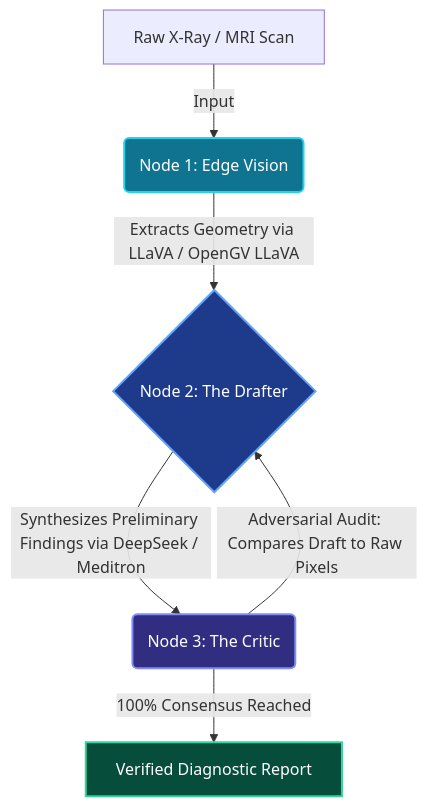
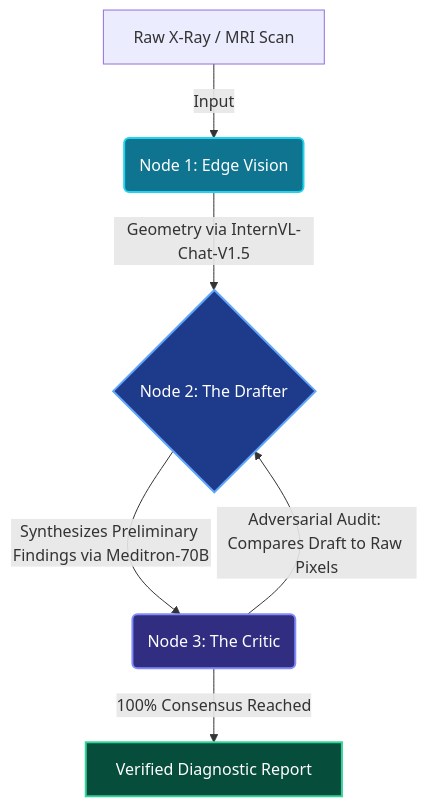
Before and after one commit to Moiz2003/project-hyperion: the diagram in README.md, drawn with Mermaid. The commit also changed other lines of this file and 1 other file, not shown here.

````diff
--- a/README.md
+++ b/README.md
@@ -34,18 +34,18 @@
 ```mermaid
 graph TD
     A[Raw X-Ray / MRI Scan] -->|Input| B(Node 1: Edge Vision)
-    B -->|Extracts Geometry via LLaVA / OpenGV LLaVA| C{Node 2: The Drafter}
-    C -->|Synthesizes Preliminary Findings via DeepSeek / Meditron| D(Node 3: The Critic)
+    B -->|Geometry via InternVL-Chat-V1.5| C{Node 2: The Drafter}
+    C -->|Synthesizes Preliminary Findings via Meditron-70B| D(Node 3: The Critic)
     D -->|Adversarial Audit: Compares Draft to Raw Pixels| C
     D -->|100% Consensus Reached| E[Verified Diagnostic Report]
     
     classDef vision fill:#0e7490,stroke:#22d3ee,stroke-width:2px,color:#fff
     classDef drafter fill:#1e3a8a,stroke:#60a5fa,stroke-width:2px,color:#fff
     classDef critic fill:#312e81,stroke:#818cf8,stroke-width:2px,color:#fff
     classDef output fill:#064e3b,stroke:#34d399,stroke-width:2px,color:#fff
     
     class B vision
     class C drafter
     class D critic
     class E output
 ```
````
